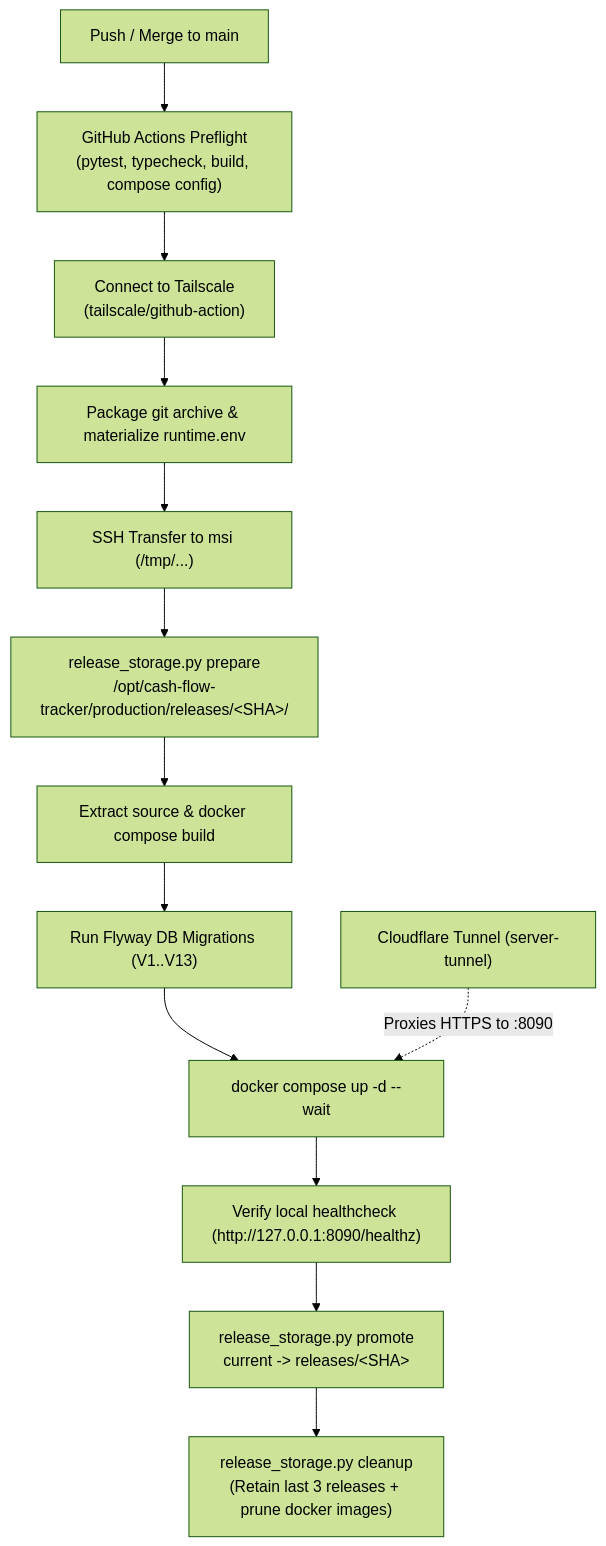
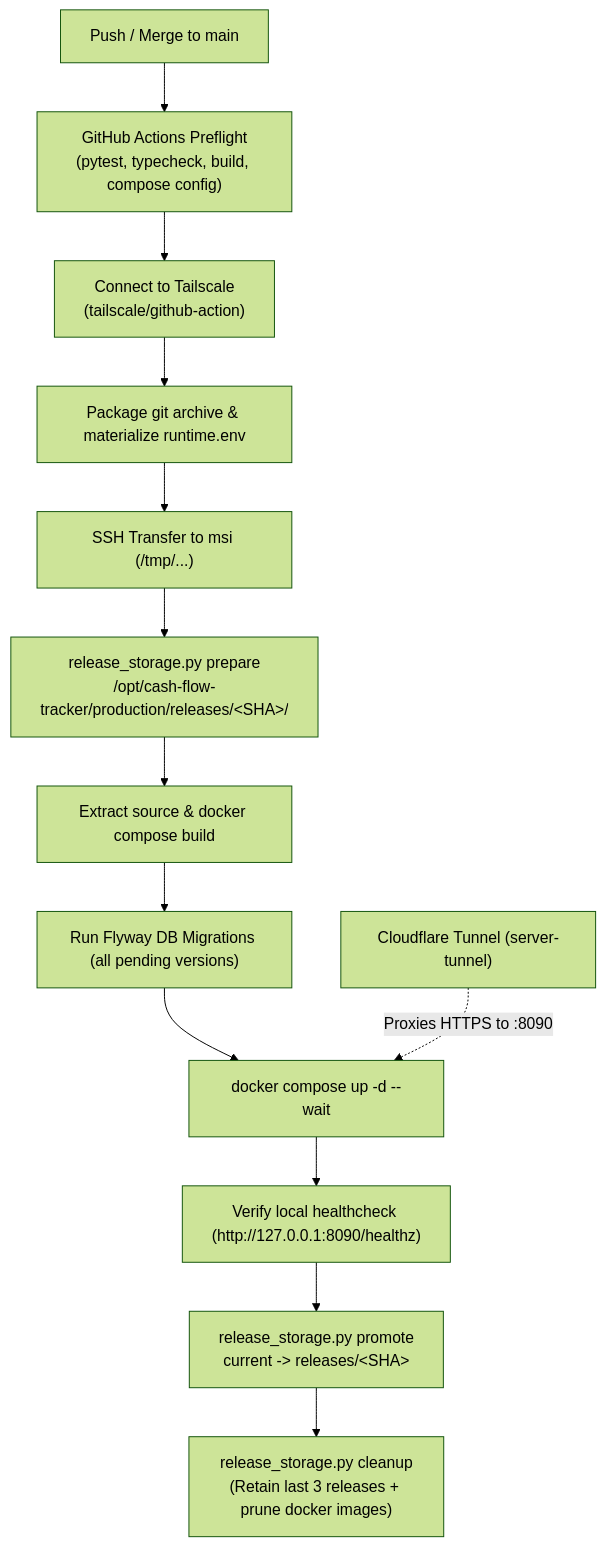
Before and after one commit to alfonsusenrico/cash-flow-tracker: the diagram in docs/production-deployment.md, drawn with Mermaid (forest theme). The commit also changed 78 other files, not shown here.

Commit message:
chore(cleanup): remove dead code and startup schema mirror

````diff
--- a/docs/production-deployment.md
+++ b/docs/production-deployment.md
@@ -11,15 +11,15 @@
 ```mermaid
 flowchart TD
     A["Push / Merge to main"] --> B["GitHub Actions Preflight<br/>(pytest, typecheck, build, compose config)"]
     B --> C["Connect to Tailscale<br/>(tailscale/github-action)"]
     C --> D["Package git archive & materialize runtime.env"]
     D --> E["SSH Transfer to msi (/tmp/...)"]
     E --> F["release_storage.py prepare<br/>/opt/cash-flow-tracker/production/releases/&lt;SHA&gt;/"]
     F --> G["Extract source & docker compose build"]
-    G --> H["Run Flyway DB Migrations (V1..V13)"]
+    G --> H["Run Flyway DB Migrations (all pending versions)"]
     H --> I["docker compose up -d --wait"]
     I --> J["Verify local healthcheck (http://127.0.0.1:8090/healthz)"]
     J --> K["release_storage.py promote<br/>current -> releases/&lt;SHA&gt;"]
     K --> L["release_storage.py cleanup<br/>(Retain last 3 releases + prune docker images)"]
     M["Cloudflare Tunnel (server-tunnel)"] -.->|Proxies HTTPS to :8090| I
 ```
````
